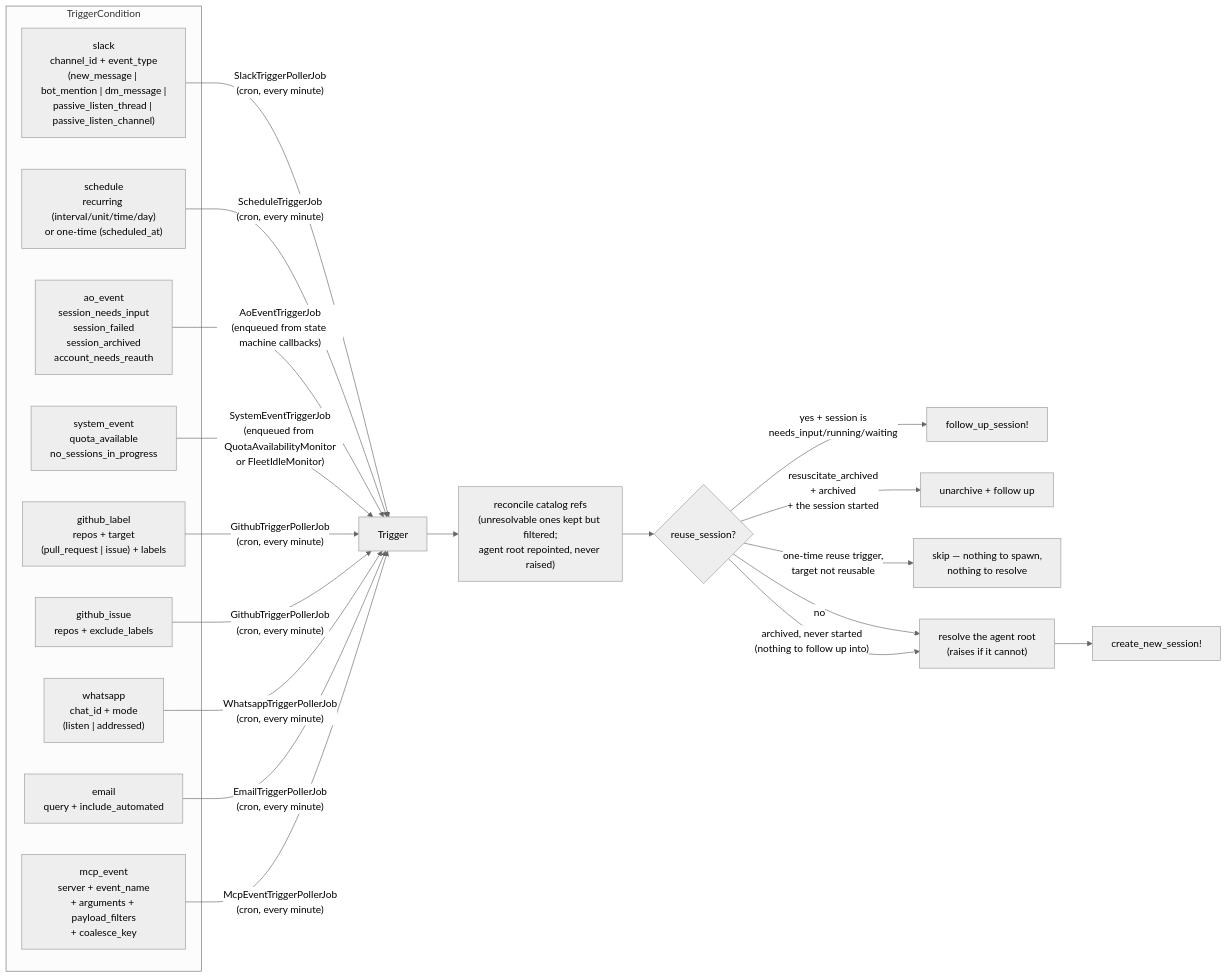
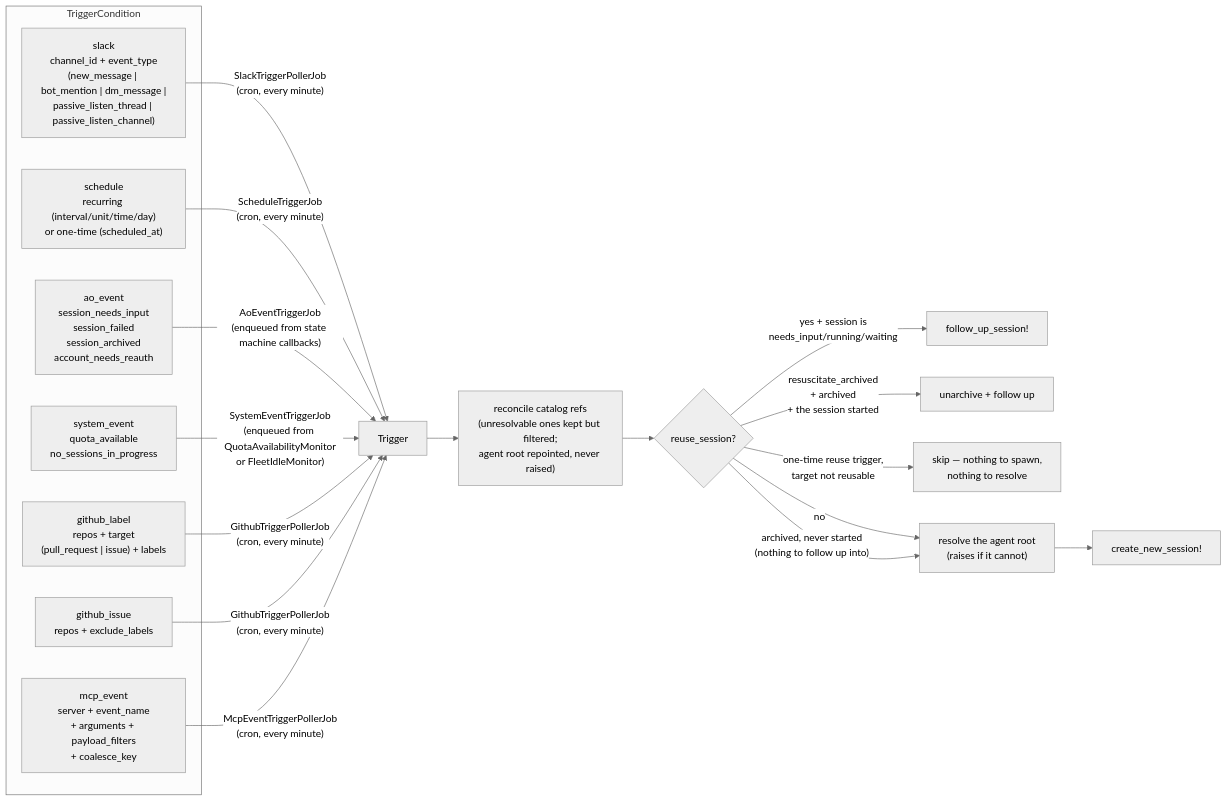
Before and after one commit to tadasant/zimmer: the first of 2 diagrams in docs/src/content/docs/sessions/triggers.md, drawn with Mermaid (neutral theme). The commit also changed other lines of this file and 57 other files, not shown here.

First line of the commit message:
Remove the native email and whatsapp trigger condition types

````diff
--- a/docs/src/content/docs/sessions/triggers.md
+++ b/docs/src/content/docs/sessions/triggers.md
@@ -20,33 +20,29 @@
 ```mermaid
 flowchart LR
     subgraph conditions["TriggerCondition"]
         SL["slack<br/>channel_id + event_type<br/>(new_message | bot_mention | dm_message |<br/>passive_listen_thread | passive_listen_channel)"]
         SC["schedule<br/>recurring (interval/unit/time/day)<br/>or one-time (scheduled_at)"]
         AO["ao_event<br/>session_needs_input<br/>session_failed<br/>session_archived<br/>account_needs_reauth"]
         SE["system_event<br/>quota_available<br/>no_sessions_in_progress"]
         GL["github_label<br/>repos + target<br/>(pull_request | issue) + labels"]
         GI["github_issue<br/>repos + exclude_labels"]
-        WA["whatsapp<br/>chat_id + mode<br/>(listen | addressed)"]
-        EM["email<br/>query + include_automated"]
         ME["mcp_event<br/>server + event_name<br/>+ arguments + payload_filters<br/>+ coalesce_key"]
     end
 
     SL -->|"SlackTriggerPollerJob<br/>(cron, every minute)"| T["Trigger"]
     SC -->|"ScheduleTriggerJob<br/>(cron, every minute)"| T
     AO -->|"AoEventTriggerJob<br/>(enqueued from state machine callbacks)"| T
     SE -->|"SystemEventTriggerJob<br/>(enqueued from QuotaAvailabilityMonitor<br/>or FleetIdleMonitor)"| T
     GL -->|"GithubTriggerPollerJob<br/>(cron, every minute)"| T
     GI -->|"GithubTriggerPollerJob<br/>(cron, every minute)"| T
-    WA -->|"WhatsappTriggerPollerJob<br/>(cron, every minute)"| T
-    EM -->|"EmailTriggerPollerJob<br/>(cron, every minute)"| T
     ME -->|"McpEventTriggerPollerJob<br/>(cron, every minute)"| T
 
     T --> H["reconcile catalog refs<br/>(unresolvable ones kept but filtered;<br/>agent root repointed, never raised)"]
     H --> D{"reuse_session?"}
     D -->|"yes + session is<br/>needs_input/running/waiting"| FU["follow_up_session!"]
     D -->|"resuscitate_archived<br/>+ archived<br/>+ the session started"| RS["unarchive + follow up"]
     D -->|"one-time reuse trigger,<br/>target not reusable"| SK["skip — nothing to spawn,<br/>nothing to resolve"]
     D -->|no| HR["resolve the agent root<br/>(raises if it cannot)"]
     D -->|"archived, never started<br/>(nothing to follow up into)"| HR
     HR --> NEW["create_new_session!"]
 ```
````
